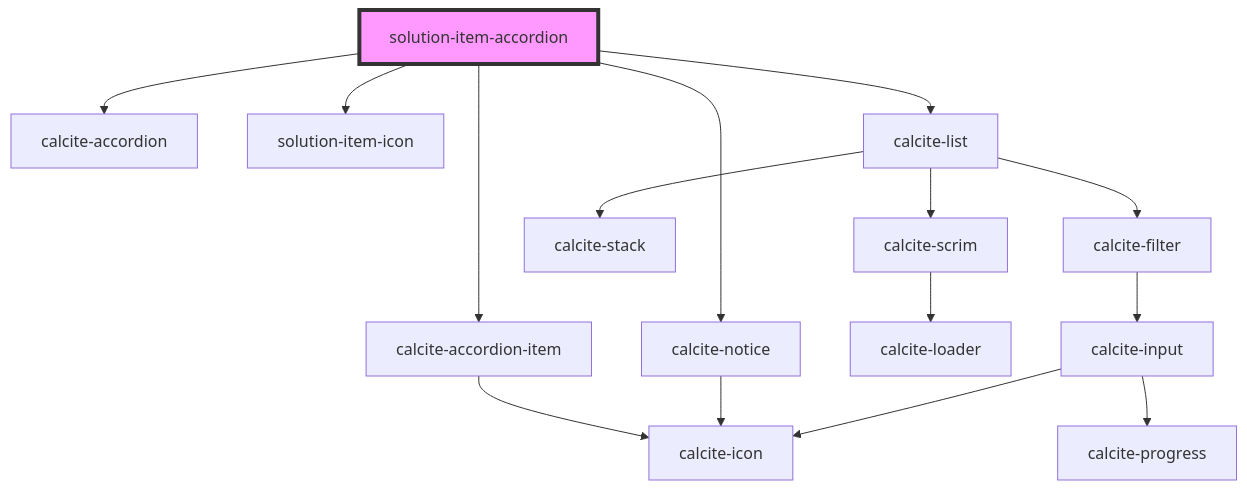
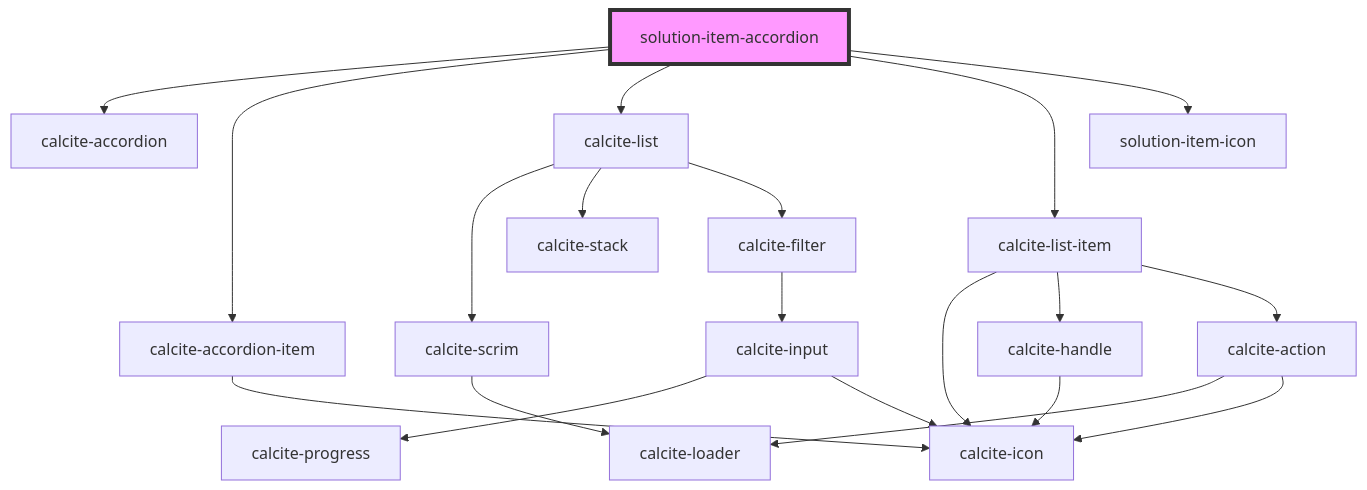
Before and after one commit to Esri/solutions-components: the diagram in src/components/solution-item-accordion/readme.md, drawn with Mermaid. The commit also changed other lines of this file and 6 other files, not shown here.

Commit message:
add logic to the solution accordion

````diff
--- a/src/components/solution-item-accordion/readme.md
+++ b/src/components/solution-item-accordion/readme.md
@@ -26,18 +26,23 @@
 ```mermaid
 graph TD;
   solution-item-accordion --> calcite-accordion
   solution-item-accordion --> calcite-accordion-item
-  solution-item-accordion --> calcite-notice
+  solution-item-accordion --> calcite-list
+  solution-item-accordion --> calcite-list-item
   solution-item-accordion --> solution-item-icon
-  solution-item-accordion --> calcite-list
   calcite-accordion-item --> calcite-icon
-  calcite-notice --> calcite-icon
   calcite-list --> calcite-scrim
   calcite-list --> calcite-stack
   calcite-list --> calcite-filter
   calcite-scrim --> calcite-loader
   calcite-filter --> calcite-input
   calcite-input --> calcite-progress
   calcite-input --> calcite-icon
+  calcite-list-item --> calcite-icon
+  calcite-list-item --> calcite-handle
+  calcite-list-item --> calcite-action
+  calcite-handle --> calcite-icon
+  calcite-action --> calcite-loader
+  calcite-action --> calcite-icon
   style solution-item-accordion fill:#f9f,stroke:#333,stroke-width:4px
 ```
````
